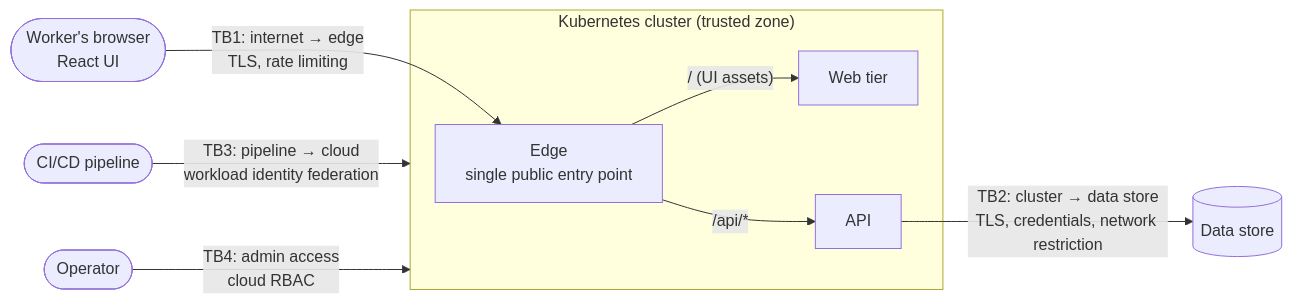
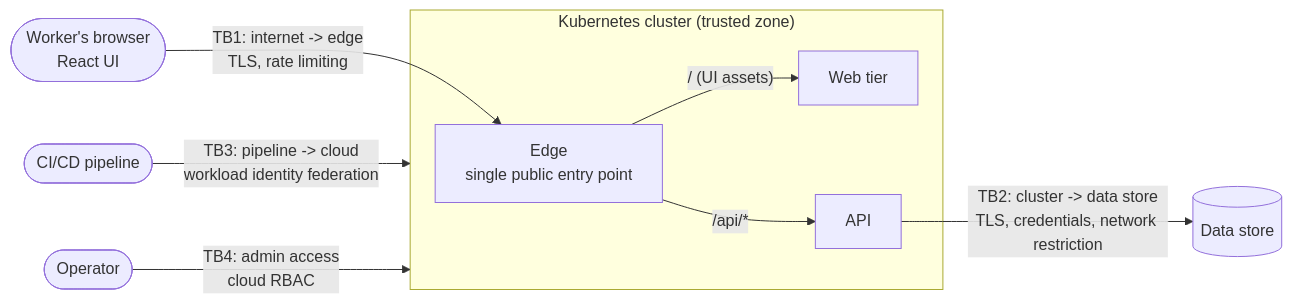
The first of 2 diagrams in docs/adr/0001-security-authentication-and-authorization.md (ring9834/MyTodos), drawn with Mermaid before and after one commit. The commit also changed other lines of this file and 19 other files, not shown here.

````diff
--- a/docs/adr/0001-security-authentication-and-authorization.md
+++ b/docs/adr/0001-security-authentication-and-authorization.md
@@ -48,11 +48,11 @@
 ```mermaid
 flowchart LR
-    U([Worker's browser<br/>React UI]) -- "TB1: internet → edge<br/>TLS, rate limiting" --> E[Edge<br/>single public entry point]
+    U([Worker's browser<br/>React UI]) -- "TB1: internet -> edge<br/>TLS, rate limiting" --> E[Edge<br/>single public entry point]
     subgraph K["Kubernetes cluster (trusted zone)"]
         E -- "/ (UI assets)" --> W[Web tier]
         E -- "/api/*" --> A[API]
     end
-    A -- "TB2: cluster → data store<br/>TLS, credentials, network restriction" --> D[(Data store)]
-    CI([CI/CD pipeline]) -- "TB3: pipeline → cloud<br/>workload identity federation" --> K
+    A -- "TB2: cluster -> data store<br/>TLS, credentials, network restriction" --> D[(Data store)]
+    CI([CI/CD pipeline]) -- "TB3: pipeline -> cloud<br/>workload identity federation" --> K
     O([Operator]) -- "TB4: admin access<br/>cloud RBAC" --> K
 ```
````
